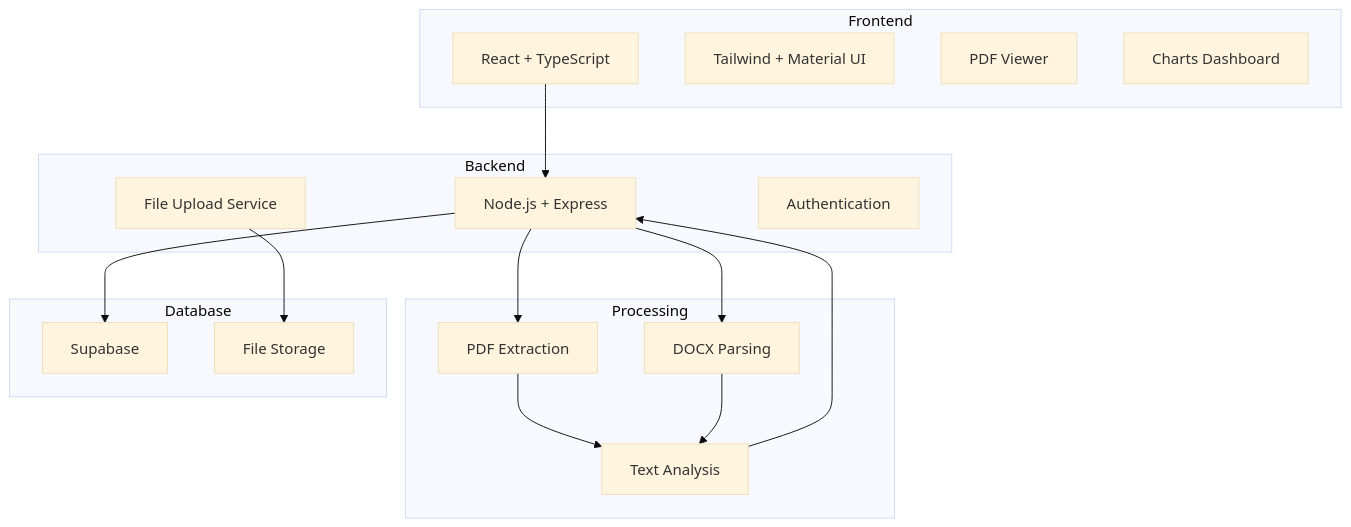
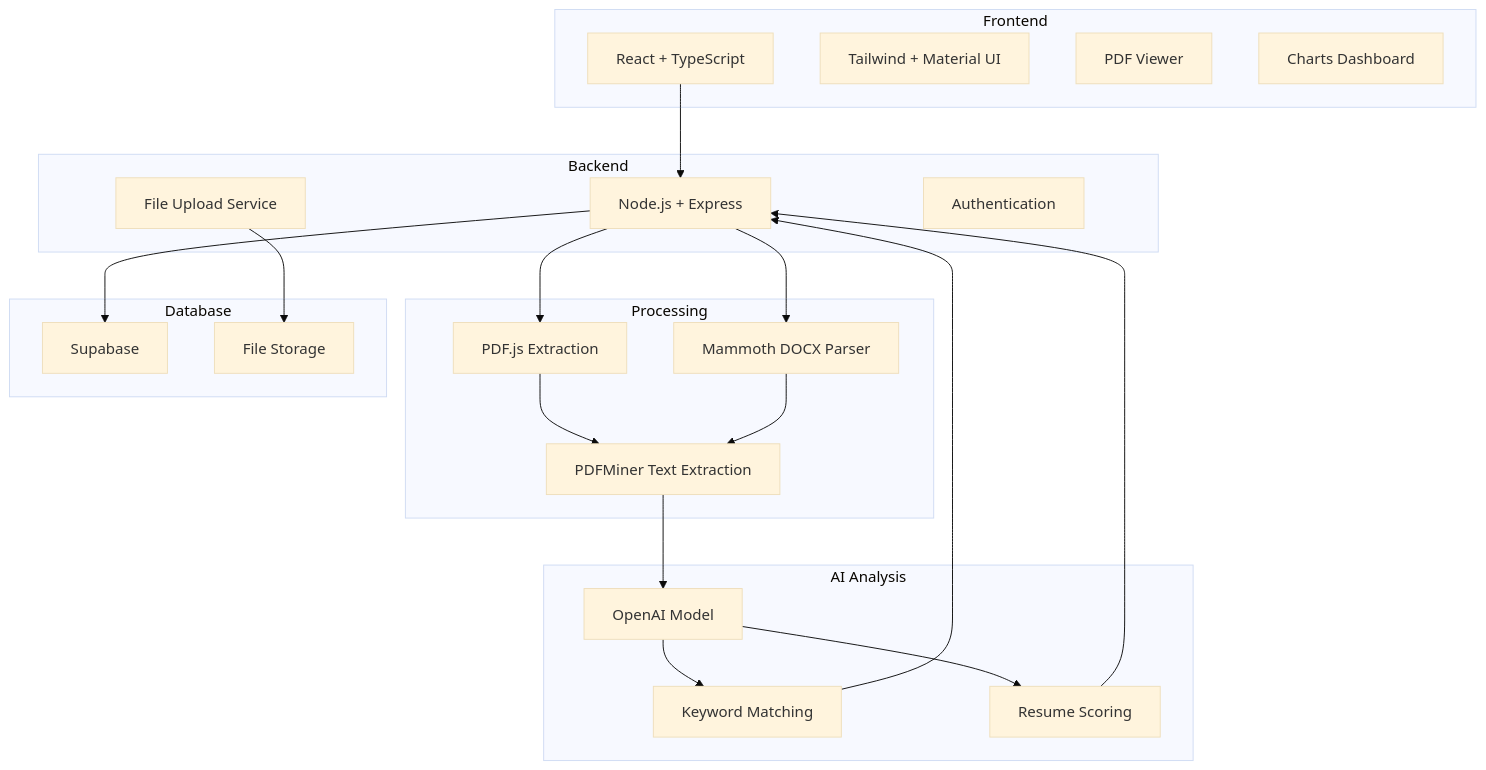
The second of 2 diagrams in README.md (MarcusMQF/Foresight-platform), drawn with Mermaid (base theme) before and after one commit.

````diff
--- a/README.md
+++ b/README.md
@@ -84,35 +84,45 @@
 ```mermaid
 graph TD
     subgraph "Frontend"
         A1[React + TypeScript]
         A2[Tailwind + Material UI]
         A3[PDF Viewer]
         A4[Charts Dashboard]
     end
     
     subgraph "Backend"
         B1[Node.js + Express]
         B2[File Upload Service]
         B3[Authentication]
     end
     
     subgraph "Processing"
-        C1[PDF Extraction]
-        C2[DOCX Parsing]
-        C3[Text Analysis]
+        C1[PDF.js Extraction]
+        C2[Mammoth DOCX Parser]
+        C3[PDFMiner Text Extraction]
+    end
+    
+    subgraph "AI Analysis"
+        E1[OpenAI Model]
+        E2[Keyword Matching]
+        E3[Resume Scoring]
     end
     
     subgraph "Database"
         D1[Supabase]
         D2[File Storage]
     end
     
     A1 --> B1
     B1 --> C1
     B1 --> C2
     C1 --> C3
     C2 --> C3
-    C3 --> B1
+    C3 --> E1
+    E1 --> E2
+    E1 --> E3
+    E2 --> B1
+    E3 --> B1
     B1 --> D1
     B2 --> D2
 ```
````
